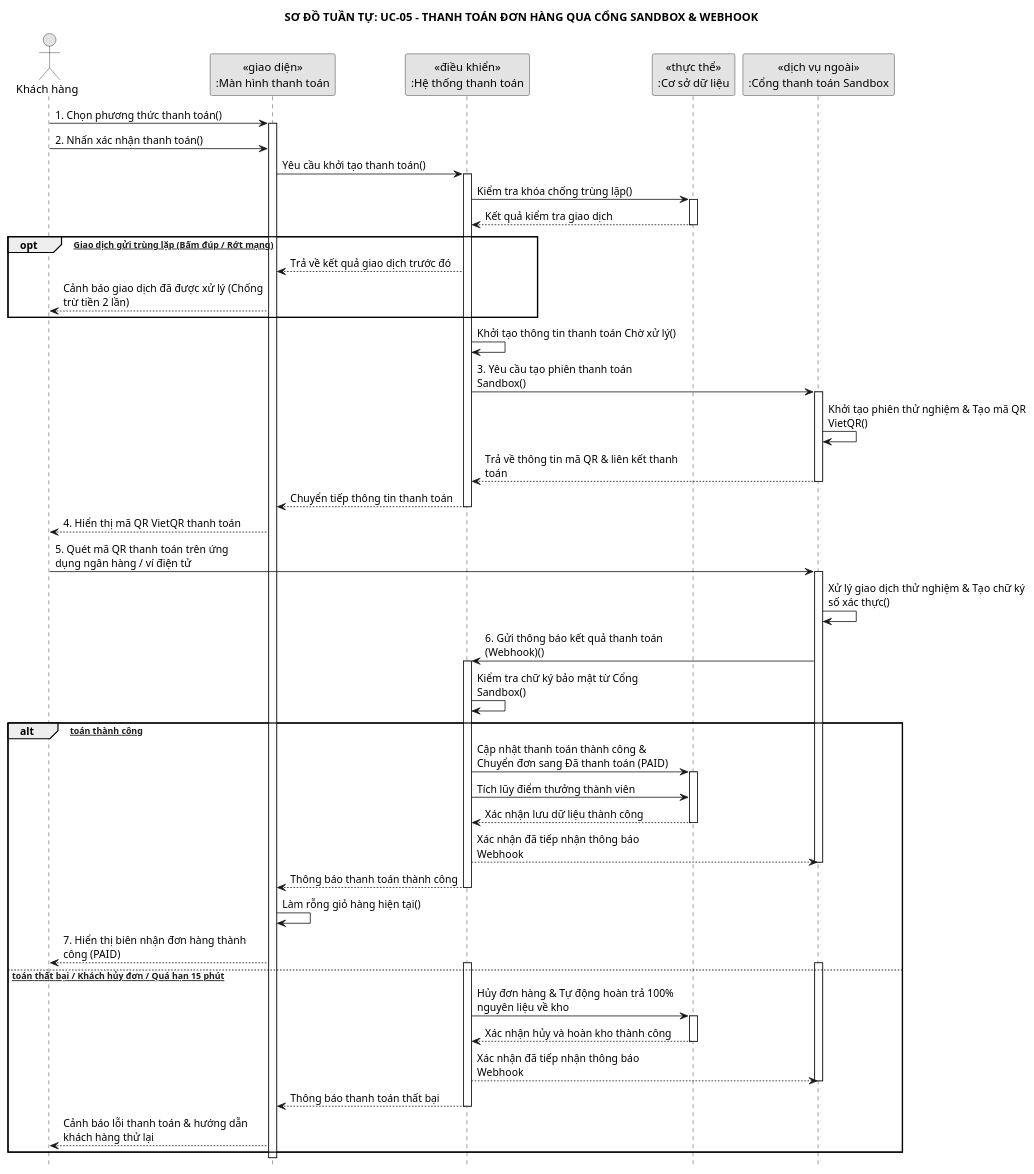
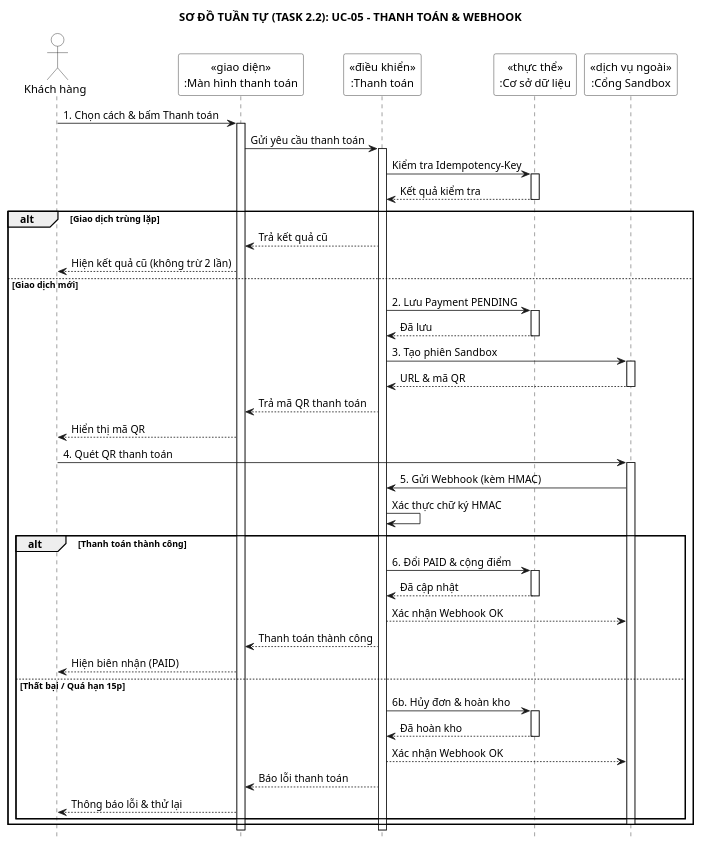
One commit to SamuiSang/brewlite2 changed the diagram in docs/diagrams/sequence-05-payment.puml. Above: the diagram before and after it, drawn with PlantUML. The commit also changed 1 other file, not shown here.

Commit message:
docs(diagrams): simplify sequence-05-payment

```diff
--- a/docs/diagrams/sequence-05-payment.puml
+++ b/docs/diagrams/sequence-05-payment.puml
@@ -1,95 +1,74 @@
-@startuml
+@startuml sequence-05-payment
 skinparam monochrome true
 skinparam shadowing false
+skinparam defaultFontName SansSerif
 skinparam backgroundColor white
-skinparam defaultFontName "Segoe UI", "Arial", sans-serif
+skinparam sequenceParticipantBackgroundColor white
+skinparam actorBackgroundColor white
+<style>
+participant {
+  Padding 20
+}
+</style>
+hide footbox
+title SƠ ĐỒ TUẦN TỰ (TASK 2.2): UC-05 - THANH TOÁN & WEBHOOK
 
-hide footbox
-skinparam sequenceMessageAlign left
-skinparam responseMessageBelowArrow true
-skinparam maxMessageSize 250
+actor "Khách hàng" as C
+participant "«giao diện»\n:Màn hình thanh toán" as UI
+participant "«điều khiển»\n:Thanh toán" as Pay
+participant "«thực thể»\n:Cơ sở dữ liệu" as DB
+participant "«dịch vụ ngoài»\n:Cổng Sandbox" as GW
 
-title SƠ ĐỒ TUẦN TỰ: UC-05 - THANH TOÁN ĐƠN HÀNG QUA CỔNG SANDBOX & WEBHOOK
-
-actor "Khách hàng" as Customer
-participant "«giao diện»\n:Màn hình thanh toán" as UI
-participant "«điều khiển»\n:Hệ thống thanh toán" as Service
-participant "«thực thể»\n:Cơ sở dữ liệu" as DB
-participant "«dịch vụ ngoài»\n:Cổng thanh toán Sandbox" as Gateway
-
-Customer -> UI: 1. Chọn phương thức thanh toán()
+C -> UI: 1. Chọn cách & bấm Thanh toán
 activate UI
-
-Customer -> UI: 2. Nhấn xác nhận thanh toán()
-UI -> Service: Yêu cầu khởi tạo thanh toán()
-activate Service
-
-Service -> DB: Kiểm tra khóa chống trùng lặp()
+UI -> Pay: Gửi yêu cầu thanh toán
+activate Pay
+Pay -> DB: Kiểm tra Idempotency-Key
 activate DB
-DB --> Service: Kết quả kiểm tra giao dịch
+DB --> Pay: Kết quả kiểm tra
 deactivate DB
 
-opt [2a: Giao dịch gửi trùng lặp (Bấm đúp / Rớt mạng)]
-    Service --> UI: Trả về kết quả giao dịch trước đó
-    UI --> Customer: Cảnh báo giao dịch đã được xử lý (Chống trừ tiền 2 lần)
+alt Giao dịch trùng lặp
+  Pay --> UI: Trả kết quả cũ
+  UI --> C: Hiện kết quả cũ (không trừ 2 lần)
+else Giao dịch mới
+  Pay -> DB: 2. Lưu Payment PENDING
+  activate DB
+  DB --> Pay: Đã lưu
+  deactivate DB
+
+  Pay -> GW: 3. Tạo phiên Sandbox
+  activate GW
+  GW --> Pay: URL & mã QR
+  deactivate GW
+  Pay --> UI: Trả mã QR thanh toán
+  UI --> C: Hiển thị mã QR
+
+  C -> GW: 4. Quét QR thanh toán
+  activate GW
+  GW -> Pay: 5. Gửi Webhook (kèm HMAC)
+  Pay -> Pay: Xác thực chữ ký HMAC
+
+  alt Thanh toán thành công
+    Pay -> DB: 6. Đổi PAID & cộng điểm
+    activate DB
+    DB --> Pay: Đã cập nhật
+    deactivate DB
+    Pay --> GW: Xác nhận Webhook OK
+    Pay --> UI: Thanh toán thành công
+    UI --> C: Hiện biên nhận (PAID)
+  else Thất bại / Quá hạn 15p
+    Pay -> DB: 6b. Hủy đơn & hoàn kho
+    activate DB
+    DB --> Pay: Đã hoàn kho
+    deactivate DB
+    Pay --> GW: Xác nhận Webhook OK
+    Pay --> UI: Báo lỗi thanh toán
+    UI --> C: Thông báo lỗi & thử lại
+  end
+  deactivate GW
 end
 
-Service -> Service: Khởi tạo thông tin thanh toán Chờ xử lý()
-
-Service -> Gateway: 3. Yêu cầu tạo phiên thanh toán Sandbox()
-activate Gateway
-
-Gateway -> Gateway: Khởi tạo phiên thử nghiệm & Tạo mã QR VietQR()
-Gateway --> Service: Trả về thông tin mã QR & liên kết thanh toán
-deactivate Gateway
-
-Service --> UI: Chuyển tiếp thông tin thanh toán
-deactivate Service
-
-UI --> Customer: 4. Hiển thị mã QR VietQR thanh toán
-
-Customer -> Gateway: 5. Quét mã QR thanh toán trên ứng dụng ngân hàng / ví điện tử
-activate Gateway
-
-Gateway -> Gateway: Xử lý giao dịch thử nghiệm & Tạo chữ ký số xác thực()
-Gateway -> Service: 6. Gửi thông báo kết quả thanh toán (Webhook)()
-activate Service
-
-Service -> Service: Kiểm tra chữ ký bảo mật từ Cổng Sandbox()
-
-alt [Thanh toán thành công]
-    Service -> DB: Cập nhật thanh toán thành công & Chuyển đơn sang Đã thanh toán (PAID)
-    activate DB
-    Service -> DB: Tích lũy điểm thưởng thành viên
-    DB --> Service: Xác nhận lưu dữ liệu thành công
-    deactivate DB
-    
-    Service --> Gateway: Xác nhận đã tiếp nhận thông báo Webhook
-    deactivate Gateway
-    
-    Service --> UI: Thông báo thanh toán thành công
-    deactivate Service
-    
-    UI -> UI: Làm rỗng giỏ hàng hiện tại()
-    UI --> Customer: 7. Hiển thị biên nhận đơn hàng thành công (PAID)
-
-else [Thanh toán thất bại / Khách hủy đơn / Quá hạn 15 phút]
-    activate Service
-    activate Gateway
-    Service -> DB: Hủy đơn hàng & Tự động hoàn trả 100% nguyên liệu về kho
-    activate DB
-    DB --> Service: Xác nhận hủy và hoàn kho thành công
-    deactivate DB
-    
-    Service --> Gateway: Xác nhận đã tiếp nhận thông báo Webhook
-    deactivate Gateway
-    
-    Service --> UI: Thông báo thanh toán thất bại
-    deactivate Service
-    
-    UI --> Customer: Cảnh báo lỗi thanh toán & hướng dẫn khách hàng thử lại
-end
-
+deactivate Pay
 deactivate UI
-
 @enduml
```
